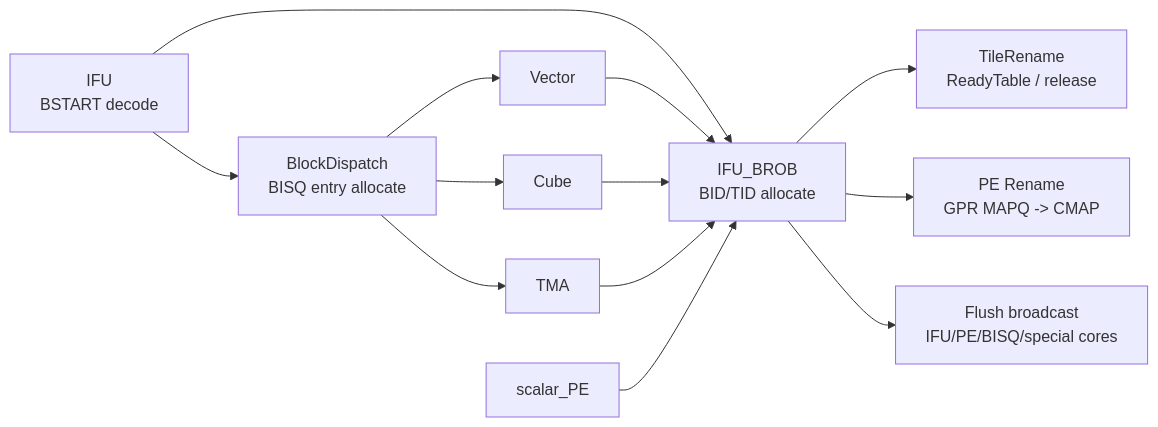
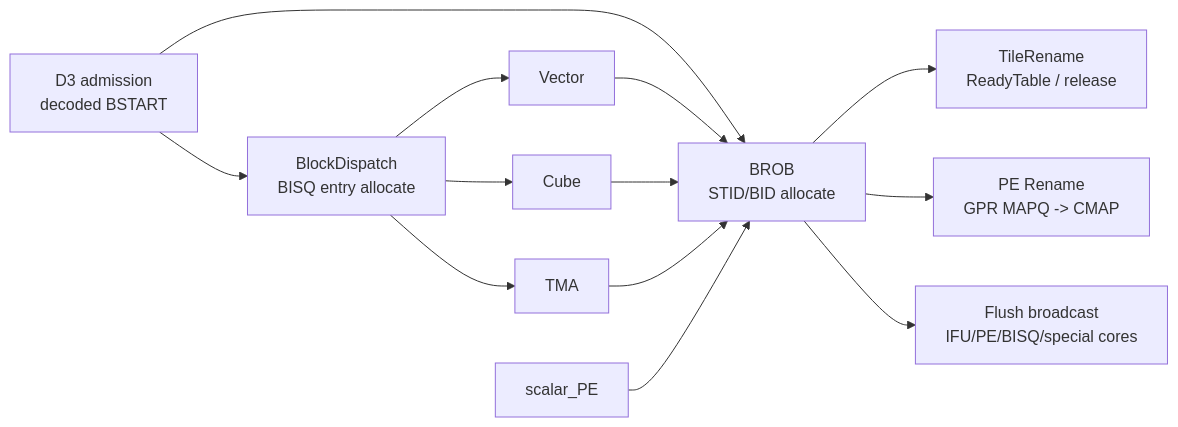
Before and after one commit to LinxISA/LinxCore: the first of 6 diagrams in docs/architecture/Janus/BCC/02_BROB.md, drawn with Mermaid. The commit also changed other lines of this file and 73 other files, not shown here.

````diff
--- a/docs/architecture/Janus/BCC/02_BROB.md
+++ b/docs/architecture/Janus/BCC/02_BROB.md
@@ -43,15 +45,15 @@
 ```mermaid
 flowchart LR
-  IFU["IFU<br/>BSTART decode"] --> BROB["IFU_BROB<br/>BID/TID allocate"]
-  IFU --> BISQ["BlockDispatch<br/>BISQ entry allocate"]
+  D3["D3 admission<br/>decoded BSTART"] --> BROB["BROB<br/>STID/BID allocate"]
+  D3 --> BISQ["BlockDispatch<br/>BISQ entry allocate"]
   BISQ --> VEC["Vector"]
   BISQ --> CUBE["Cube"]
   BISQ --> TMA["TMA"]
   VEC --> BROB
   CUBE --> BROB
   TMA --> BROB
   SCALAR["scalar_PE"] --> BROB
   BROB --> TR["TileRename<br/>ReadyTable / release"]
   BROB --> REN["PE Rename<br/>GPR MAPQ -> CMAP"]
   BROB --> FLUSH["Flush broadcast<br/>IFU/PE/BISQ/special cores"]
 ```
````
